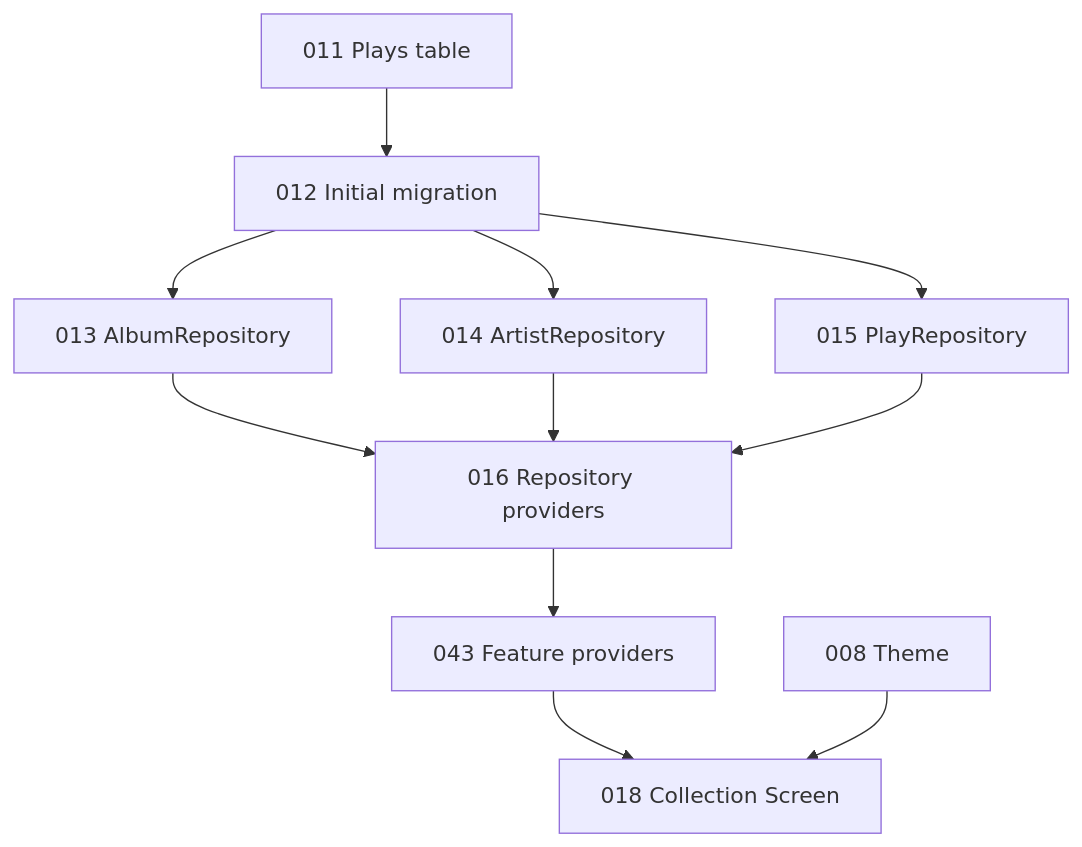
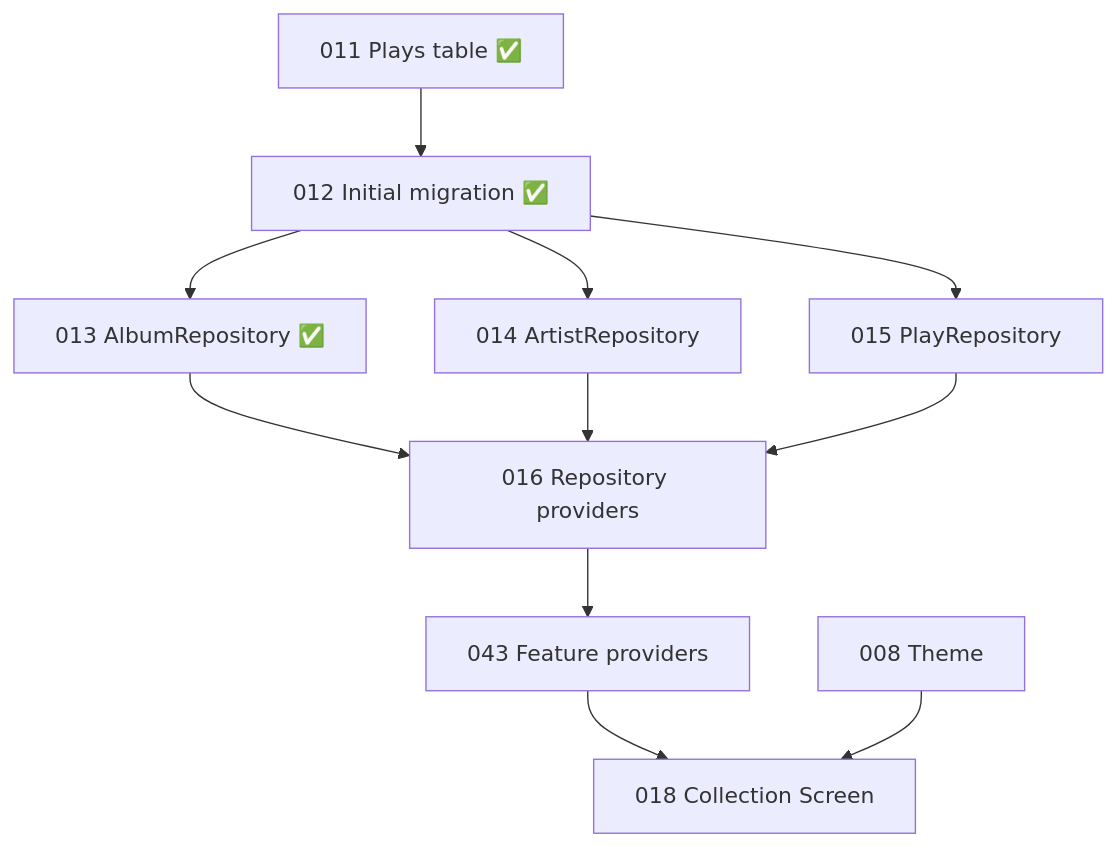
The diagram in docs/implementation-status.md (hunter-goller/Groovefolio), drawn with Mermaid before and after one commit. The commit also changed other lines of this file and 24 other files, not shown here.

First line of the commit message:
VinylApp-013: AlbumRepository (#21)

````diff
--- a/docs/implementation-status.md
+++ b/docs/implementation-status.md
@@ -93,23 +107,23 @@
 ```mermaid
 flowchart TD
-    P11[011 Plays table]
-    P12[012 Initial migration]
-    P13[013 AlbumRepository]
+    P11[011 Plays table ✅]
+    P12[012 Initial migration ✅]
+    P13[013 AlbumRepository ✅]
     P14[014 ArtistRepository]
     P15[015 PlayRepository]
     P16[016 Repository providers]
     P43[043 Feature providers]
     P08[008 Theme]
     P18[018 Collection Screen]
 
     P11 --> P12
     P12 --> P13
     P12 --> P14
     P12 --> P15
     P13 --> P16
     P14 --> P16
     P15 --> P16
     P16 --> P43
     P43 --> P18
     P08 --> P18
 ```
````
